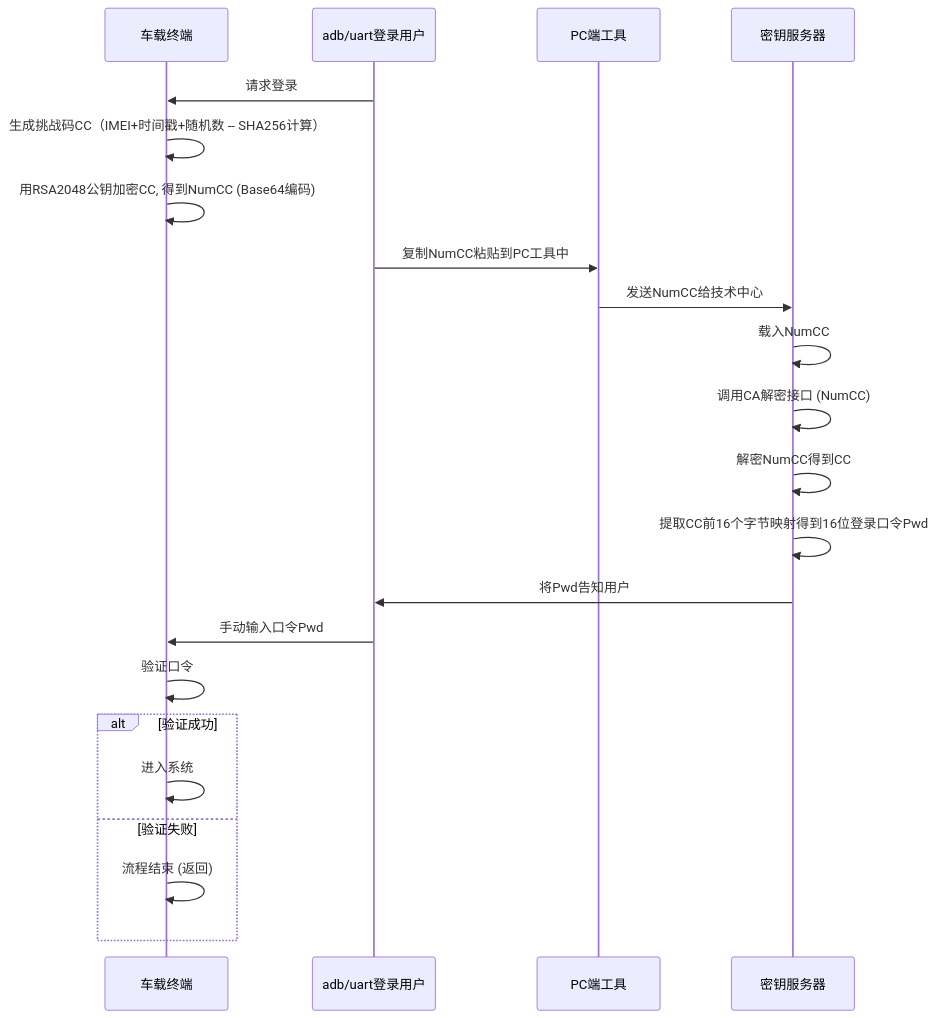
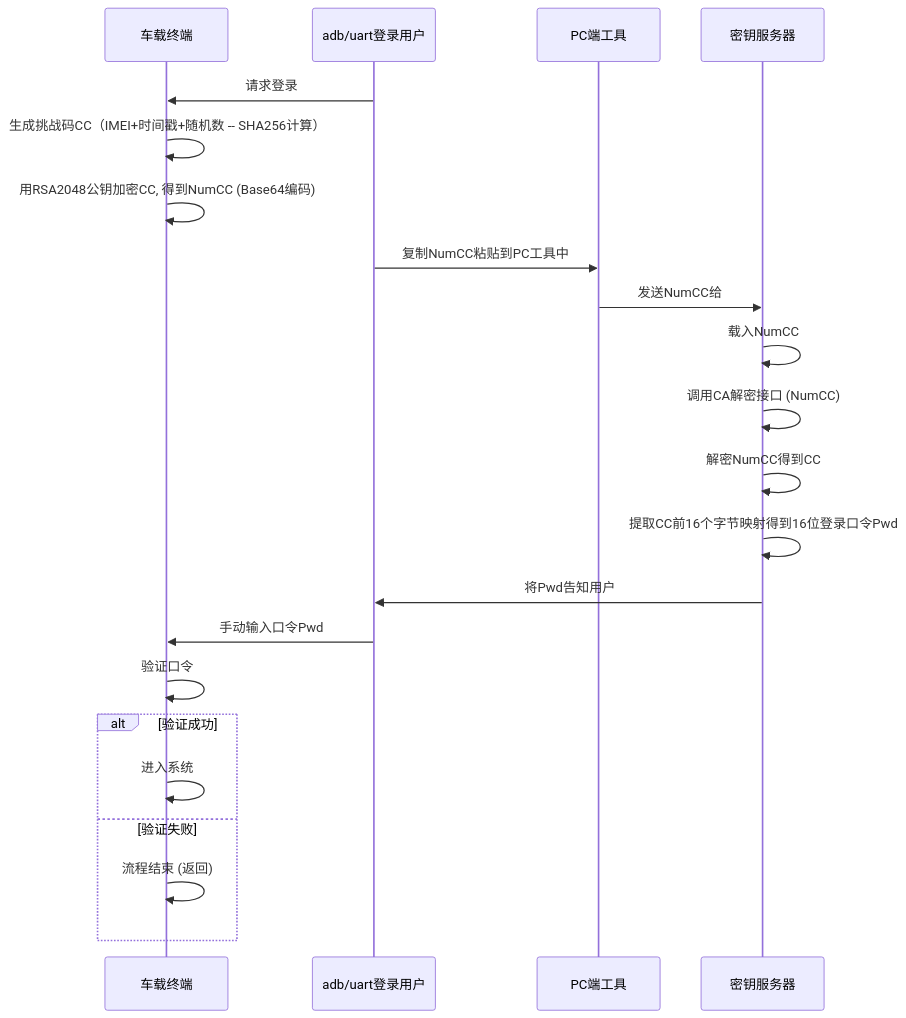
The diagram in all/未命名-13.md (facebook-cloud/iodraw-files), drawn with Mermaid before and after one commit.

Commit message:
2026-01-27 11:27:53 update

````diff
--- a/all/未命名-13.md
+++ b/all/未命名-13.md
@@ -1,28 +1,28 @@
 ```mermaid
 sequenceDiagram
     participant tbox as 车载终端
     participant user as adb/uart登录用户
     participant pc as PC端工具
     participant tech_center as 密钥服务器
   
 
     user->>tbox: 请求登录
     tbox->>tbox: 生成挑战码CC（IMEI+时间戳+随机数 -- SHA256计算）
     tbox->>tbox: 用RSA2048公钥加密CC, 得到NumCC (Base64编码)
     user->>pc: 复制NumCC粘贴到PC工具中
-    pc->>tech_center: 发送NumCC给技术中心
+    pc->>tech_center: 发送NumCC给
     tech_center->>tech_center: 载入NumCC
     tech_center->>tech_center: 调用CA解密接口 (NumCC)
     tech_center->>tech_center: 解密NumCC得到CC
     tech_center->>tech_center: 提取CC前16个字节映射得到16位登录口令Pwd
     tech_center->>user: 将Pwd告知用户
     user->>tbox: 手动输入口令Pwd
     tbox->>tbox: 验证口令
     alt 验证成功
         tbox->>tbox: 进入系统
     else 验证失败
         tbox->>tbox: 流程结束 (返回)
     end
 
 
 ```
````
